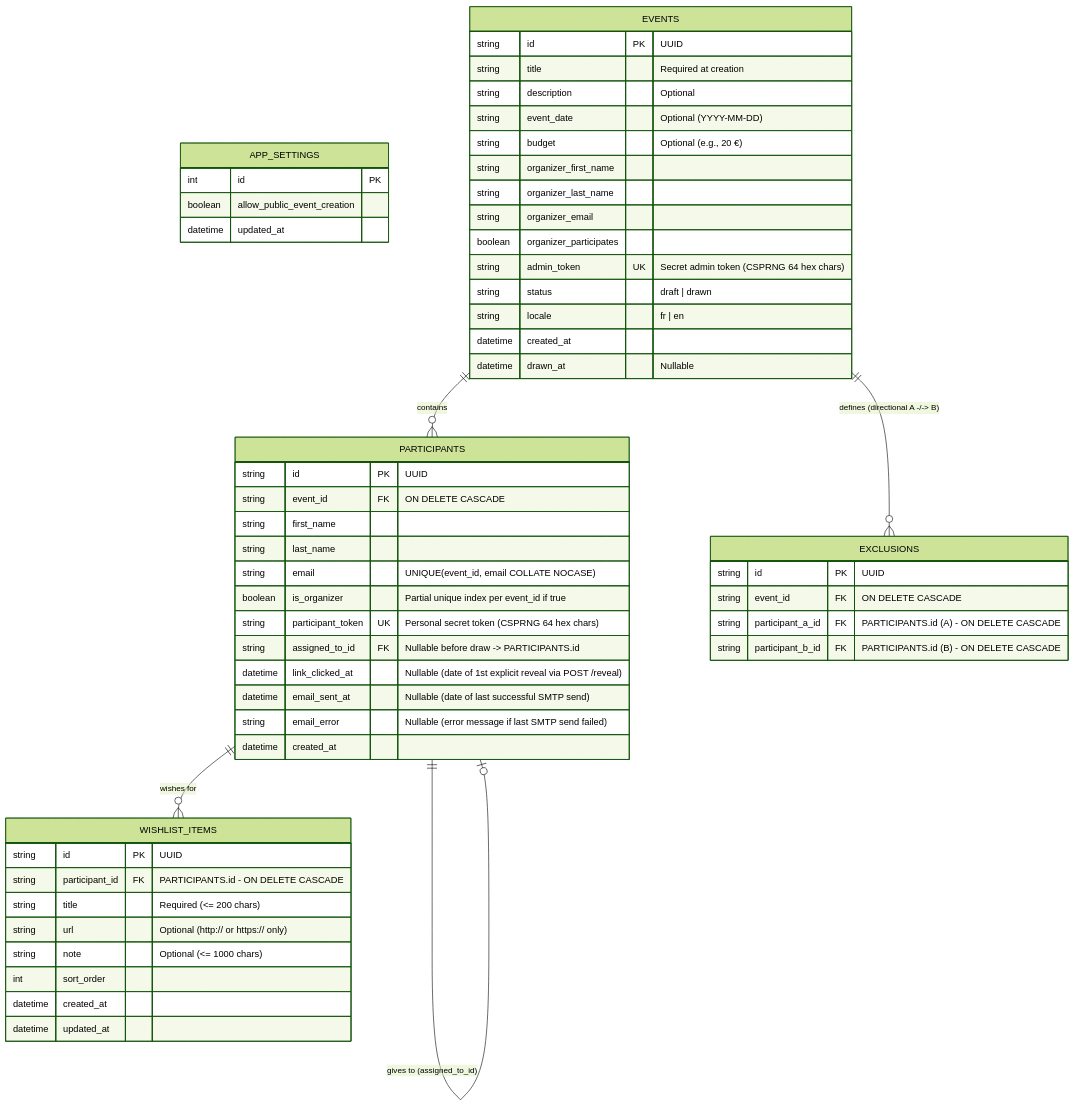
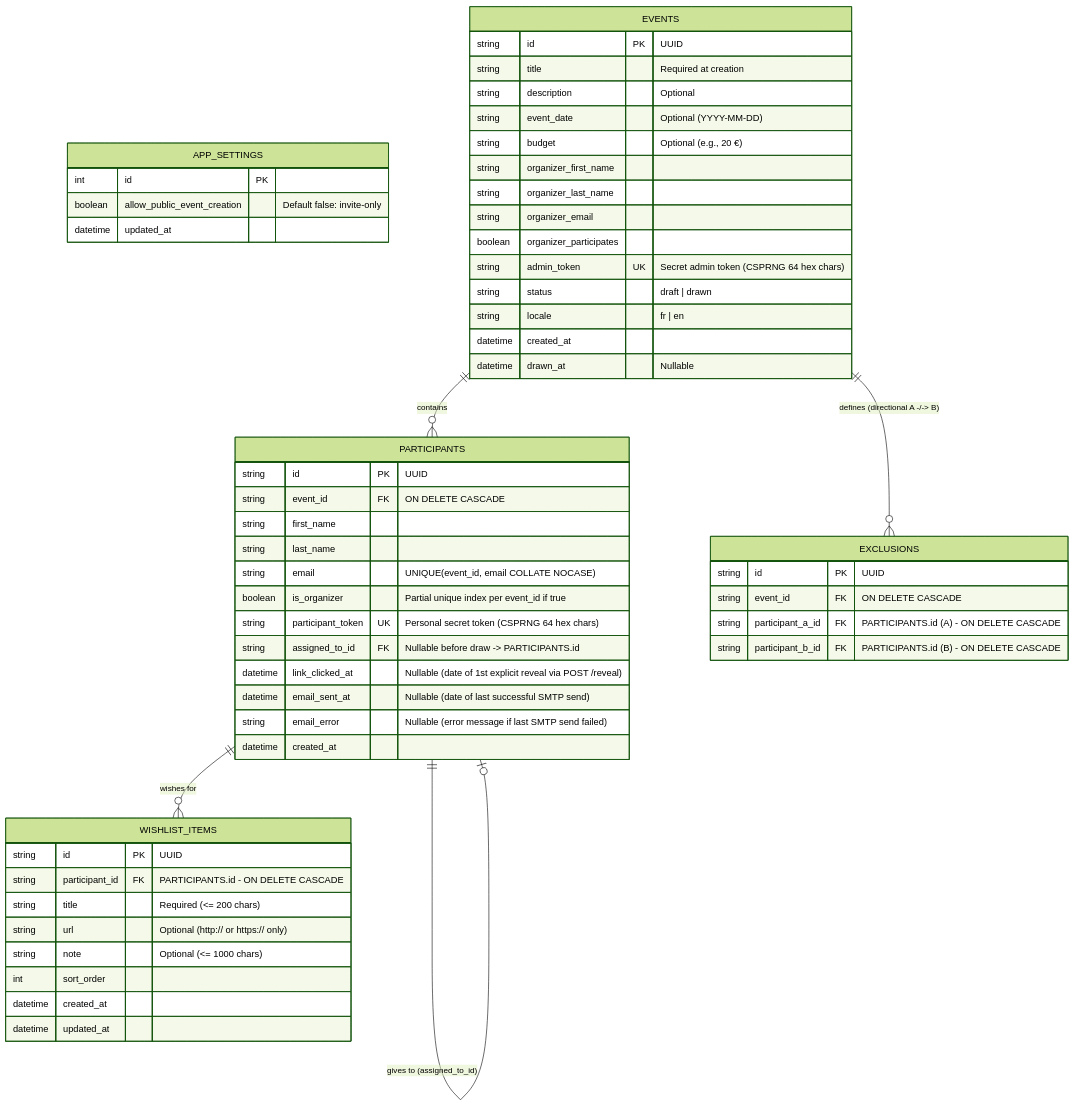
Before and after one commit to thom-latt/secret-santa: the second of 3 diagrams in SPECIFICATION.md, drawn with Mermaid (forest theme). The commit also changed other lines of this file and 8 other files, not shown here.

````diff
--- a/SPECIFICATION.md
+++ b/SPECIFICATION.md
@@ -66,63 +70,63 @@
 ```mermaid
 erDiagram
     APP_SETTINGS {
         int id PK
-        boolean allow_public_event_creation
+        boolean allow_public_event_creation "Default false: invite-only"
         datetime updated_at
     }
 
     EVENTS {
         string id PK "UUID"
         string title "Required at creation"
         string description "Optional"
         string event_date "Optional (YYYY-MM-DD)"
         string budget "Optional (e.g., 20 €)"
         string organizer_first_name
         string organizer_last_name
         string organizer_email
         boolean organizer_participates
         string admin_token UK "Secret admin token (CSPRNG 64 hex chars)"
         string status "draft | drawn"
         string locale "fr | en"
         datetime created_at
         datetime drawn_at "Nullable"
     }
 
     PARTICIPANTS {
         string id PK "UUID"
         string event_id FK "ON DELETE CASCADE"
         string first_name
         string last_name
         string email "UNIQUE(event_id, email COLLATE NOCASE)"
         boolean is_organizer "Partial unique index per event_id if true"
         string participant_token UK "Personal secret token (CSPRNG 64 hex chars)"
         string assigned_to_id FK "Nullable before draw -> PARTICIPANTS.id"
         datetime link_clicked_at "Nullable (date of 1st explicit reveal via POST /reveal)"
         datetime email_sent_at "Nullable (date of last successful SMTP send)"
         string email_error "Nullable (error message if last SMTP send failed)"
         datetime created_at
     }
 
     EXCLUSIONS {
         string id PK "UUID"
         string event_id FK "ON DELETE CASCADE"
         string participant_a_id FK "PARTICIPANTS.id (A) - ON DELETE CASCADE"
         string participant_b_id FK "PARTICIPANTS.id (B) - ON DELETE CASCADE"
     }
 
     WISHLIST_ITEMS {
         string id PK "UUID"
         string participant_id FK "PARTICIPANTS.id - ON DELETE CASCADE"
         string title "Required (<= 200 chars)"
         string url "Optional (http:// or https:// only)"
         string note "Optional (<= 1000 chars)"
         int sort_order
         datetime created_at
         datetime updated_at
     }
 
     EVENTS ||--o{ PARTICIPANTS : "contains"
     EVENTS ||--o{ EXCLUSIONS : "defines (directional A -/-> B)"
     PARTICIPANTS ||--o{ WISHLIST_ITEMS : "wishes for"
     PARTICIPANTS ||--o| PARTICIPANTS : "gives to (assigned_to_id)"
 ```
````
